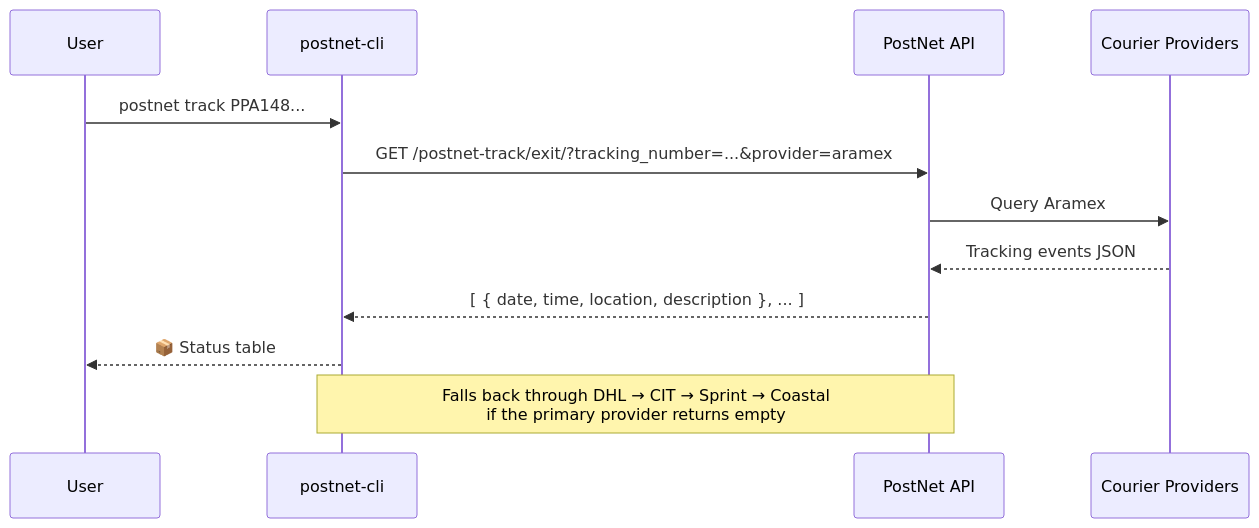
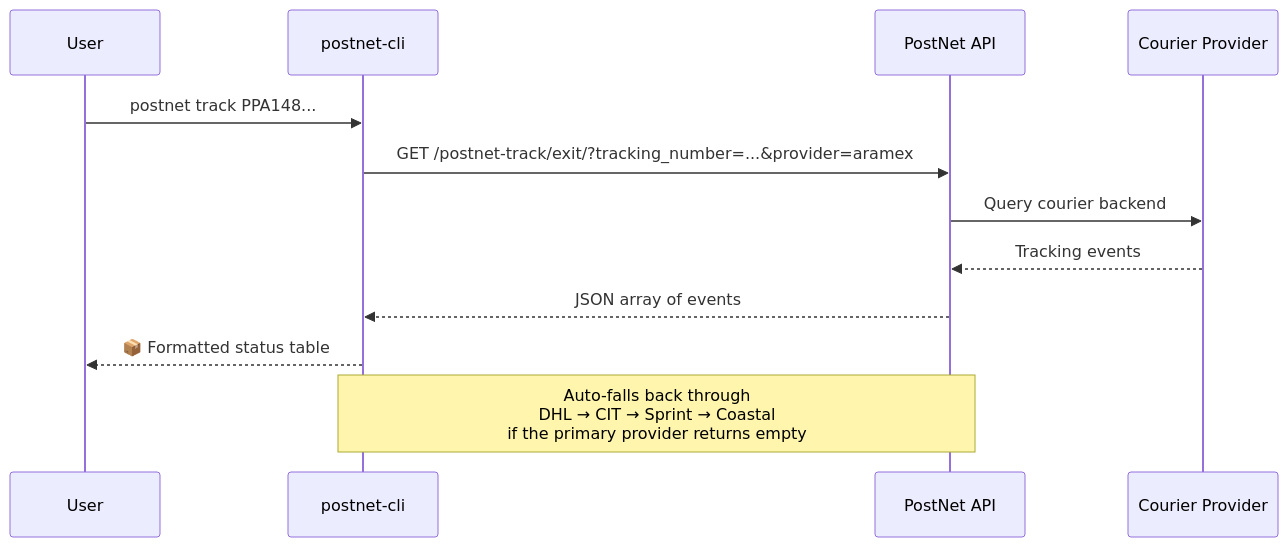
One commit to yashiels/postnet-cli changed the first of 3 diagrams in README.md. Above: the diagram before and after it, drawn with Mermaid. The commit also changed other lines of this file and 2 other files, not shown here.

First line of the commit message:
docs(readme): polish with steipete patterns, agent section, roadmap #1

````diff
--- a/README.md
+++ b/README.md
@@ -23,15 +73,16 @@
 ```mermaid
 sequenceDiagram
     participant User
     participant CLI as postnet-cli
     participant API as PostNet API
-    participant Providers as Courier Providers
+    participant P as Courier Provider
 
     User->>CLI: postnet track PPA148...
     CLI->>API: GET /postnet-track/exit/?tracking_number=...&provider=aramex
-    API->>Providers: Query Aramex
-    Providers-->>API: Tracking events JSON
-    API-->>CLI: [ { date, time, location, description }, ... ]
-    CLI-->>User: 📦 Status table
-    Note over CLI,API: Falls back through DHL → CIT → Sprint → Coastal<br/>if the primary provider returns empty
+    API->>P: Query courier backend
+    P-->>API: Tracking events
+    API-->>CLI: JSON array of events
+    CLI-->>User: 📦 Formatted status table
+
+    Note over CLI,API: Auto-falls back through<br/>DHL → CIT → Sprint → Coastal<br/>if the primary provider returns empty
 ```
````
